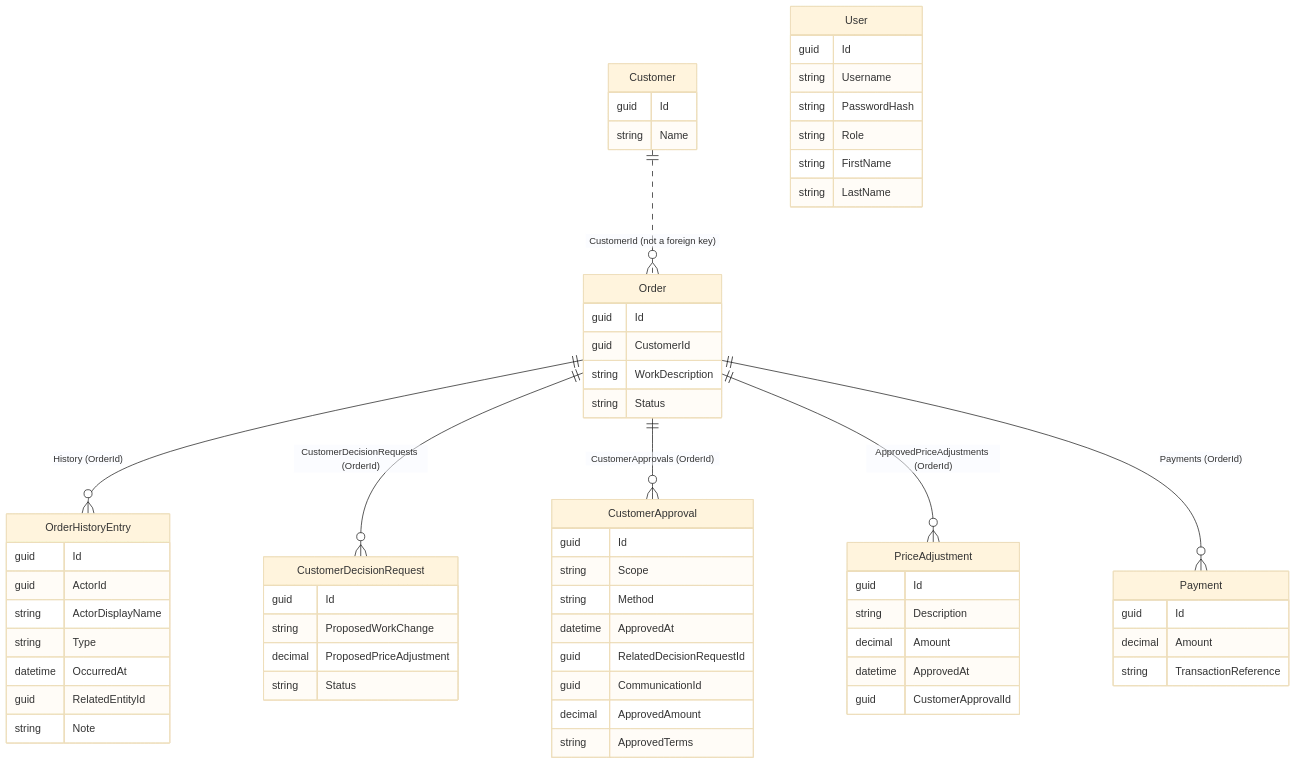
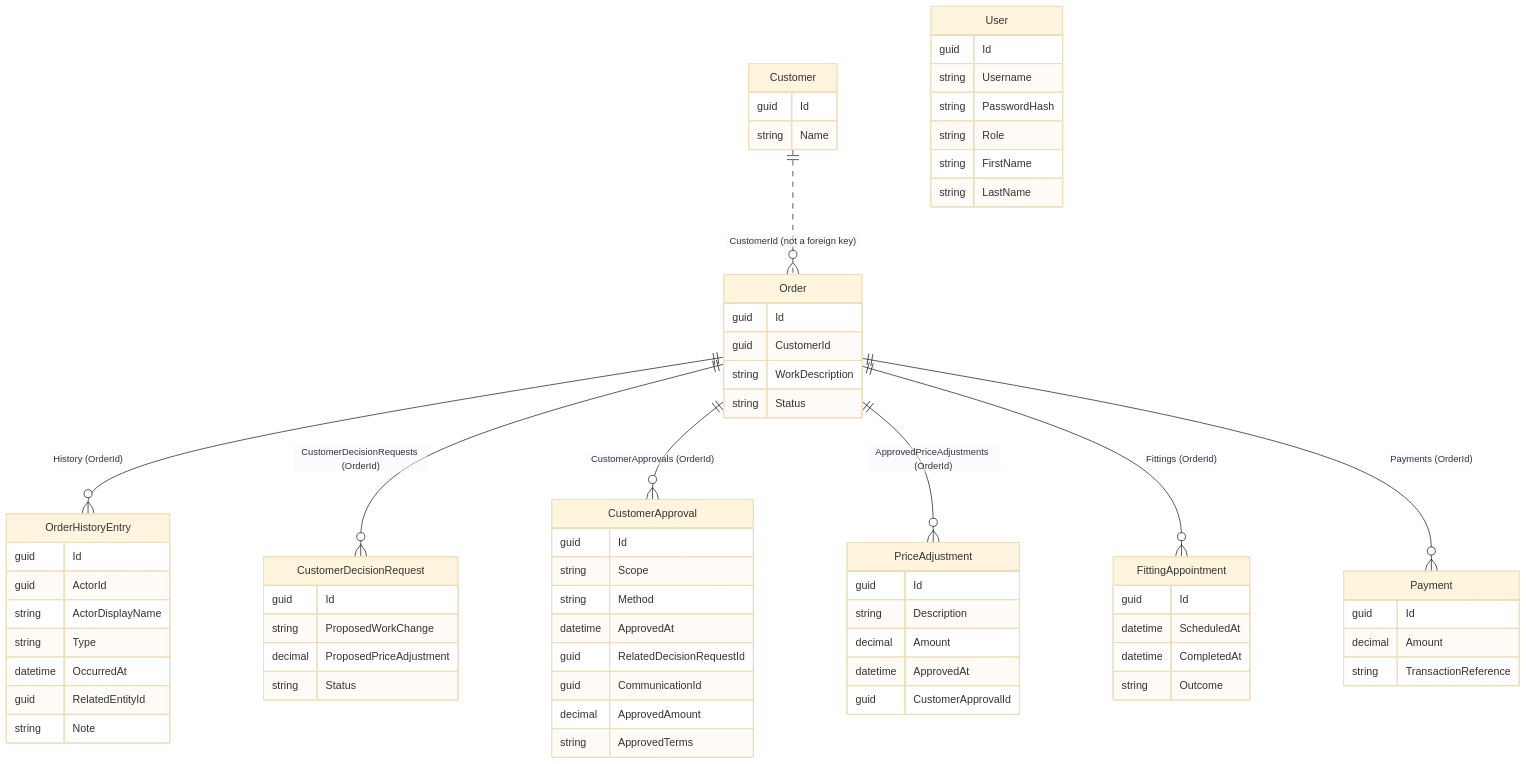
Before and after one commit to bj0594/TailorManager: the third of 7 diagrams in Documentation/Specification.md, drawn with Mermaid (base theme). The commit also changed other lines of this file, not shown here.

Commit message:
docs: check off Schedule a fitting in the test list, and add the fittings to the data diagram

````diff
--- a/Documentation/Specification.md
+++ b/Documentation/Specification.md
@@ -196,64 +196,71 @@
 ```mermaid
 erDiagram
     Customer ||..o{ Order : "CustomerId (not a foreign key)"
     Customer {
         guid Id
         string Name
     }
     Order {
         guid Id
         guid CustomerId
         string WorkDescription
         string Status
     }
     User {
         guid Id
         string Username
         string PasswordHash
         string Role
         string FirstName
         string LastName
     }
     Order ||--o{ OrderHistoryEntry : "History (OrderId)"
     OrderHistoryEntry {
         guid Id
         guid ActorId
         string ActorDisplayName
         string Type
         datetime OccurredAt
         guid RelatedEntityId
         string Note
     }
     Order ||--o{ CustomerDecisionRequest : "CustomerDecisionRequests (OrderId)"
     CustomerDecisionRequest {
         guid Id
         string ProposedWorkChange
         decimal ProposedPriceAdjustment
         string Status
     }
     Order ||--o{ CustomerApproval : "CustomerApprovals (OrderId)"
     CustomerApproval {
         guid Id
         string Scope
         string Method
         datetime ApprovedAt
         guid RelatedDecisionRequestId
         guid CommunicationId
         decimal ApprovedAmount
         string ApprovedTerms
     }
     Order ||--o{ PriceAdjustment : "ApprovedPriceAdjustments (OrderId)"
     PriceAdjustment {
         guid Id
         string Description
         decimal Amount
         datetime ApprovedAt
         guid CustomerApprovalId
     }
+    Order ||--o{ FittingAppointment : "Fittings (OrderId)"
+    FittingAppointment {
+        guid Id
+        datetime ScheduledAt
+        datetime CompletedAt
+        string Outcome
+    }
     Order ||--o{ Payment : "Payments (OrderId)"
     Payment {
         guid Id
         decimal Amount
         string TransactionReference
     }
 ```
````
